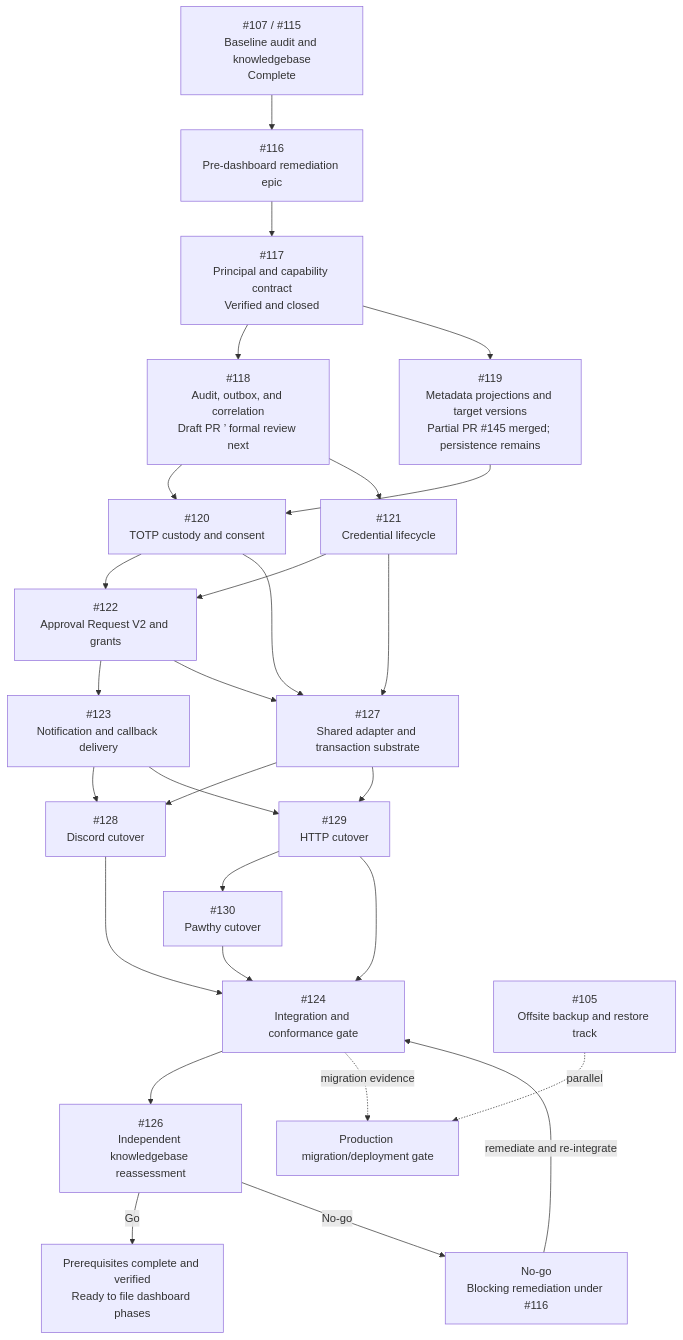
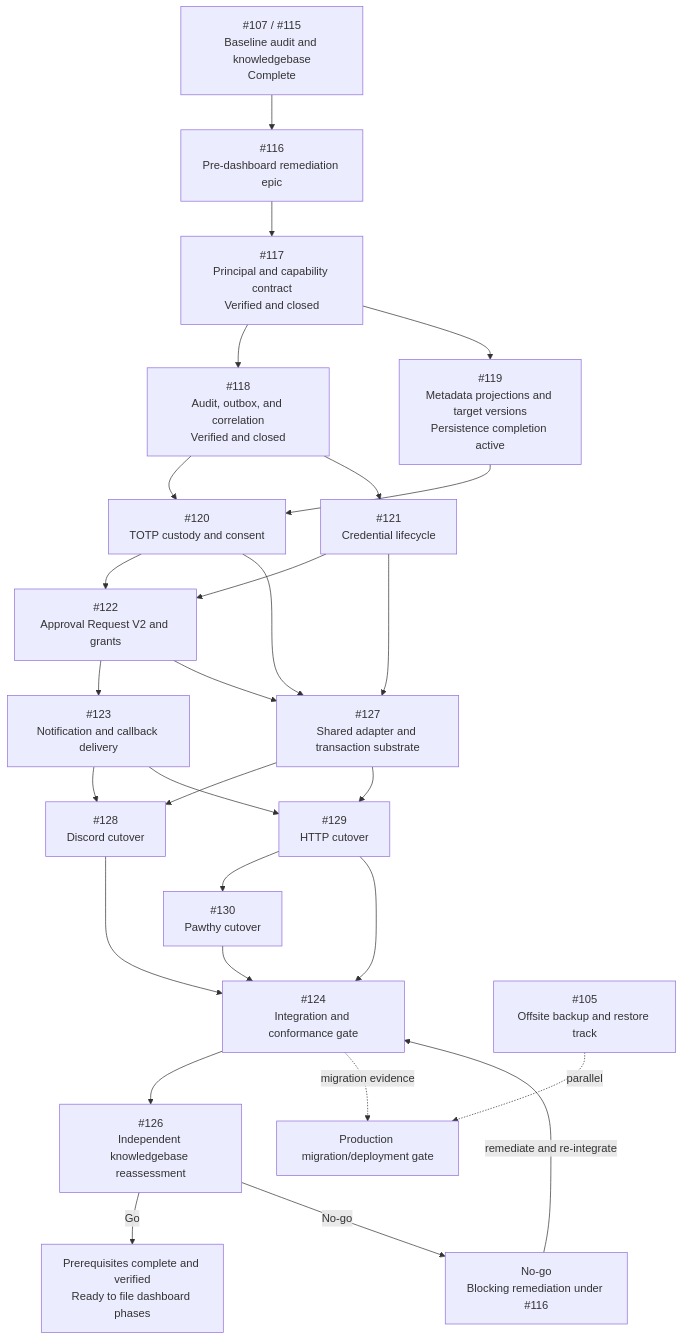
Before and after one commit to kuasha420/purrmission: the diagram in docs/epics/rbac-prerequisite-execution-graph.md, drawn with Mermaid. The commit also changed other lines of this file and 1 other file, not shown here.

Commit message:
docs(rbac): advance Wave 2 to metadata persistence

````diff
--- a/docs/epics/rbac-prerequisite-execution-graph.md
+++ b/docs/epics/rbac-prerequisite-execution-graph.md
@@ -78,50 +78,50 @@
 ```mermaid
 flowchart TD
   BASE["#107 / #115<br/>Baseline audit and knowledgebase<br/>Complete"]
   EPIC["#116<br/>Pre-dashboard remediation epic"]
   I117["#117<br/>Principal and capability contract<br/>Verified and closed"]
-  I118["#118<br/>Audit, outbox, and correlation<br/>Draft PR #146; formal review next"]
-  I119["#119<br/>Metadata projections and target versions<br/>Partial PR #145 merged; persistence remains"]
+  I118["#118<br/>Audit, outbox, and correlation<br/>Verified and closed"]
+  I119["#119<br/>Metadata projections and target versions<br/>Persistence completion active"]
   I120["#120<br/>TOTP custody and consent"]
   I121["#121<br/>Credential lifecycle"]
   I122["#122<br/>Approval Request V2 and grants"]
   I123["#123<br/>Notification and callback delivery"]
   I127["#127<br/>Shared adapter and transaction substrate"]
   I128["#128<br/>Discord cutover"]
   I129["#129<br/>HTTP cutover"]
   I130["#130<br/>Pawthy cutover"]
   I124["#124<br/>Integration and conformance gate"]
   I126["#126<br/>Independent knowledgebase reassessment"]
   READY["Prerequisites complete and verified<br/>Ready to file dashboard phases"]
   NOGO["No-go<br/>Blocking remediation under #116"]
   I105["#105<br/>Offsite backup and restore track"]
   PROD["Production migration/deployment gate"]
 
   BASE --> EPIC
   EPIC --> I117
   I117 --> I118
   I117 --> I119
   I118 --> I120
   I119 --> I120
   I118 --> I121
   I120 --> I122
   I121 --> I122
   I122 --> I123
   I120 --> I127
   I121 --> I127
   I122 --> I127
   I123 --> I128
   I127 --> I128
   I123 --> I129
   I127 --> I129
   I129 --> I130
   I128 --> I124
   I129 --> I124
   I130 --> I124
   I124 --> I126
   I126 -->|Go| READY
   I126 -->|No-go| NOGO
   NOGO -->|remediate and re-integrate| I124
   I105 -. parallel .-> PROD
   I124 -. migration evidence .-> PROD
 ```
````
